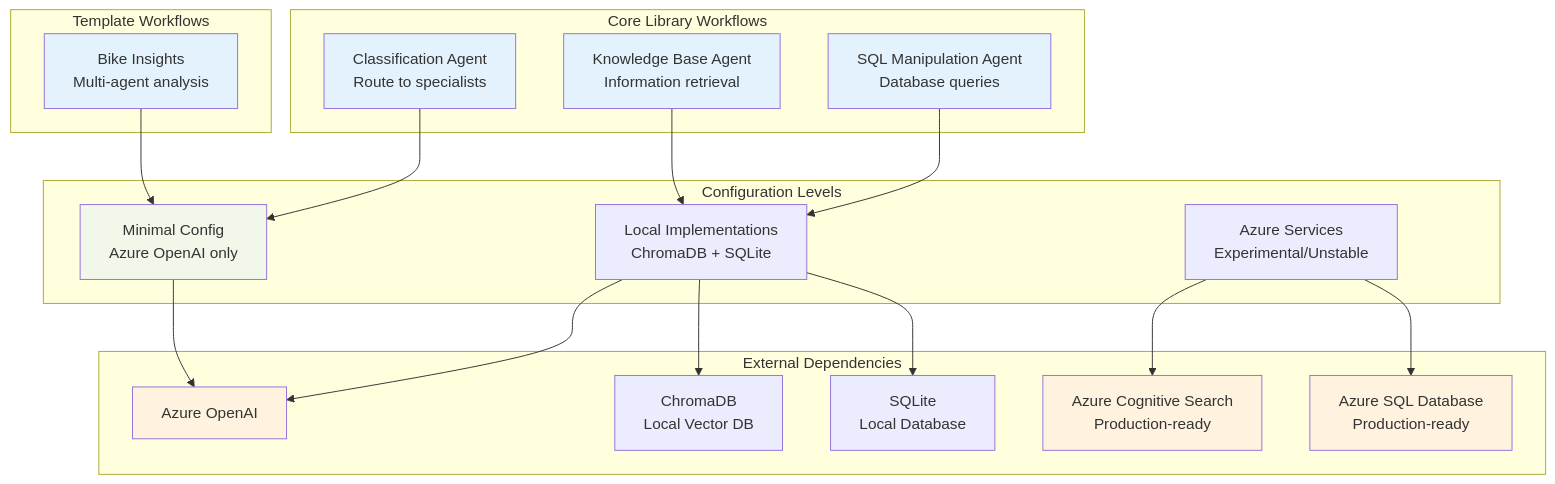
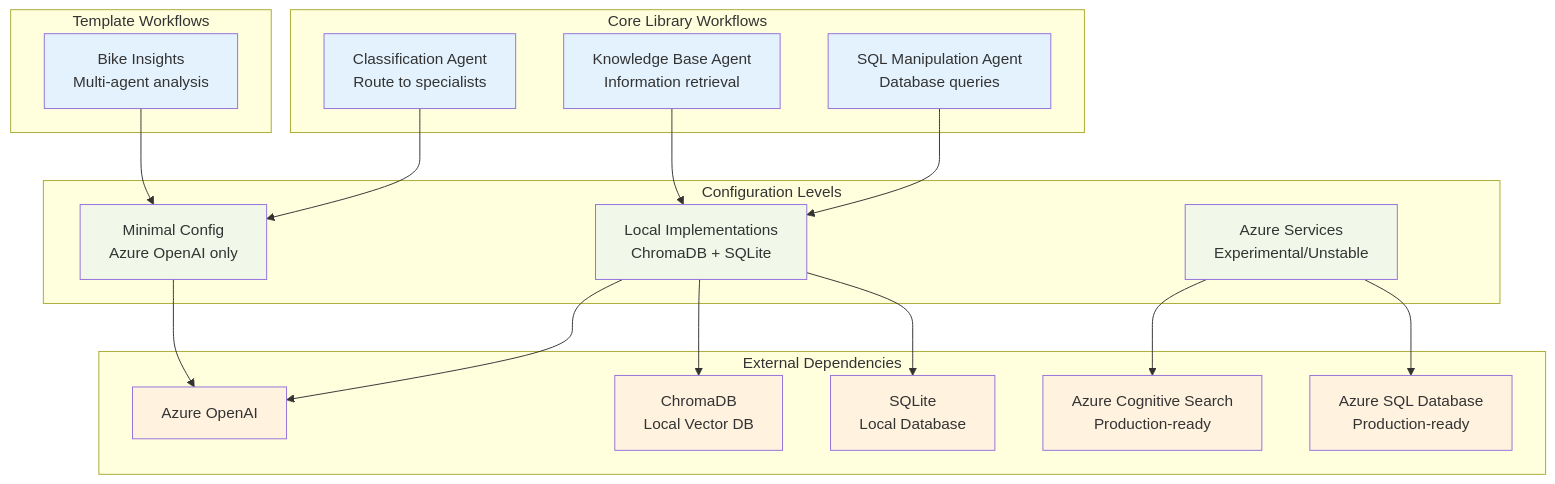
The first of 10 diagrams in docs/workflows/README.md (the-ingenious-dark-knight/Insight_Ingenious), drawn with Mermaid before and after one commit. The commit also changed other lines of this file and 17 other files, not shown here.

````diff
--- a/docs/workflows/README.md
+++ b/docs/workflows/README.md
@@ -16,48 +16,48 @@
 ```mermaid
 graph TB
     subgraph "Core Library Workflows"
         CLASSIFICATION[Classification Agent<br/>Route to specialists]
         KNOWLEDGE[Knowledge Base Agent<br/>Information retrieval]
         SQL[SQL Manipulation Agent<br/>Database queries]
     end
 
     subgraph "Template Workflows"
         BIKE_INSIGHTS[Bike Insights<br/>Multi-agent analysis]
     end
 
     subgraph "Configuration Levels"
         MINIMAL[Minimal Config<br/>Azure OpenAI only]
         LOCAL_IMPL[Local Implementations<br/>ChromaDB + SQLite]
         AZURE_EXPERIMENTAL[Azure Services<br/>Experimental/Unstable]
     end
 
     subgraph "External Dependencies"
         AZURE_OPENAI[Azure OpenAI]
         CHROMADB[ChromaDB<br/>Local Vector DB]
         SQLITE[SQLite<br/>Local Database]
         AZURE_SEARCH[Azure Cognitive Search<br/>Production-ready]
         AZURE_SQL[Azure SQL Database<br/>Production-ready]
     end
 
     CLASSIFICATION --> MINIMAL
     BIKE_INSIGHTS --> MINIMAL
 
     KNOWLEDGE --> LOCAL_IMPL
     SQL --> LOCAL_IMPL
 
     MINIMAL --> AZURE_OPENAI
     LOCAL_IMPL --> AZURE_OPENAI
     LOCAL_IMPL --> CHROMADB
     LOCAL_IMPL --> SQLITE
 
     AZURE_EXPERIMENTAL --> AZURE_SEARCH
     AZURE_EXPERIMENTAL --> AZURE_SQL
 
     classDef workflow fill:#e3f2fd
     classDef config fill:#f1f8e9
     classDef external fill:#fff3e0
 
     class CLASSIFICATION,KNOWLEDGE,SQL,BIKE_INSIGHTS workflow
-    class MINIMAL,SEARCH,DATABASE config
-    class AZURE_OPENAI,AZURE_SEARCH,AZURE_SQL external
+    class MINIMAL,LOCAL_IMPL,AZURE_EXPERIMENTAL config
+    class AZURE_OPENAI,CHROMADB,SQLITE,AZURE_SEARCH,AZURE_SQL external
 ```
````
